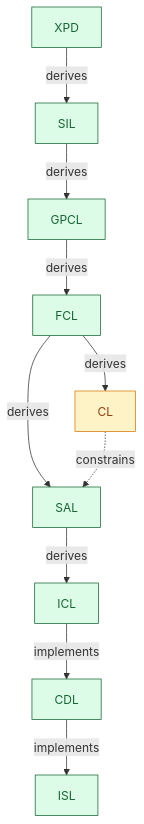
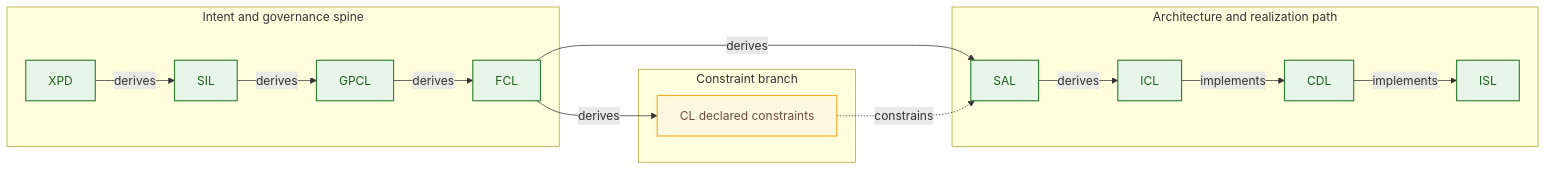
Before and after one commit to formosa/Antigravity: the sixth of 28 diagrams in .agent/assets/proposals/active/v6.3/ddr_ref_manual_v6.3.md, drawn with Mermaid. The commit also changed other lines of this file and 76 other files, not shown here.

Commit message:
feat: formalize DDR system v6.2 and v6.3 proposals with issue resolution reports and updated schema definitions.

````diff
--- a/.agent/assets/proposals/active/v6.3/ddr_ref_manual_v6.3.md
+++ b/.agent/assets/proposals/active/v6.3/ddr_ref_manual_v6.3.md
@@ -368,28 +425,35 @@
 ```mermaid
-flowchart TD
-    XPD["XPD"]
-    SIL["SIL"]
-    GPCL["GPCL"]
-    FCL["FCL"]
-    CL["CL"]
-    SAL["SAL"]
-    ICL["ICL"]
-    CDL["CDL"]
-    ISL["ISL"]
+flowchart LR
+    accTitle: Canonical topology and merge behavior
+    accDescr: Shows the representative DDR tier topology, including the CL constraint branch into SAL and the implements chain below ICL.
+    subgraph INTENT["Intent and governance spine"]
+        XPD["XPD"]
+        SIL["SIL"]
+        GPCL["GPCL"]
+        FCL["FCL"]
+    end
+    subgraph BOUNDS["Constraint branch"]
+        CL["CL declared constraints"]
+    end
+    subgraph DELIVERY["Architecture and realization path"]
+        SAL["SAL"]
+        ICL["ICL"]
+        CDL["CDL"]
+        ISL["ISL"]
+    end
 
     XPD -->|derives| SIL
     SIL -->|derives| GPCL
     GPCL -->|derives| FCL
     FCL -->|derives| SAL
     FCL -->|derives| CL
     CL -.->|constrains| SAL
     SAL -->|derives| ICL
     ICL -->|implements| CDL
     CDL -->|implements| ISL
 
-    classDef normative fill:#dcfce7,stroke:#166534,color:#166534;
-    classDef schema fill:#dbeafe,stroke:#1d4ed8,color:#1d4ed8;
-    classDef caution fill:#fef3c7,stroke:#d97706,color:#92400e;
+    classDef normative fill:#e8f5e9,stroke:#2e7d32,color:#1b5e20,stroke-width:1.5px;
+    classDef caution fill:#fff8e1,stroke:#f9a825,color:#6d4c41,stroke-width:1.5px;
     class XPD,SIL,GPCL,FCL,SAL,ICL,CDL,ISL normative;
     class CL caution;
 ```
````
